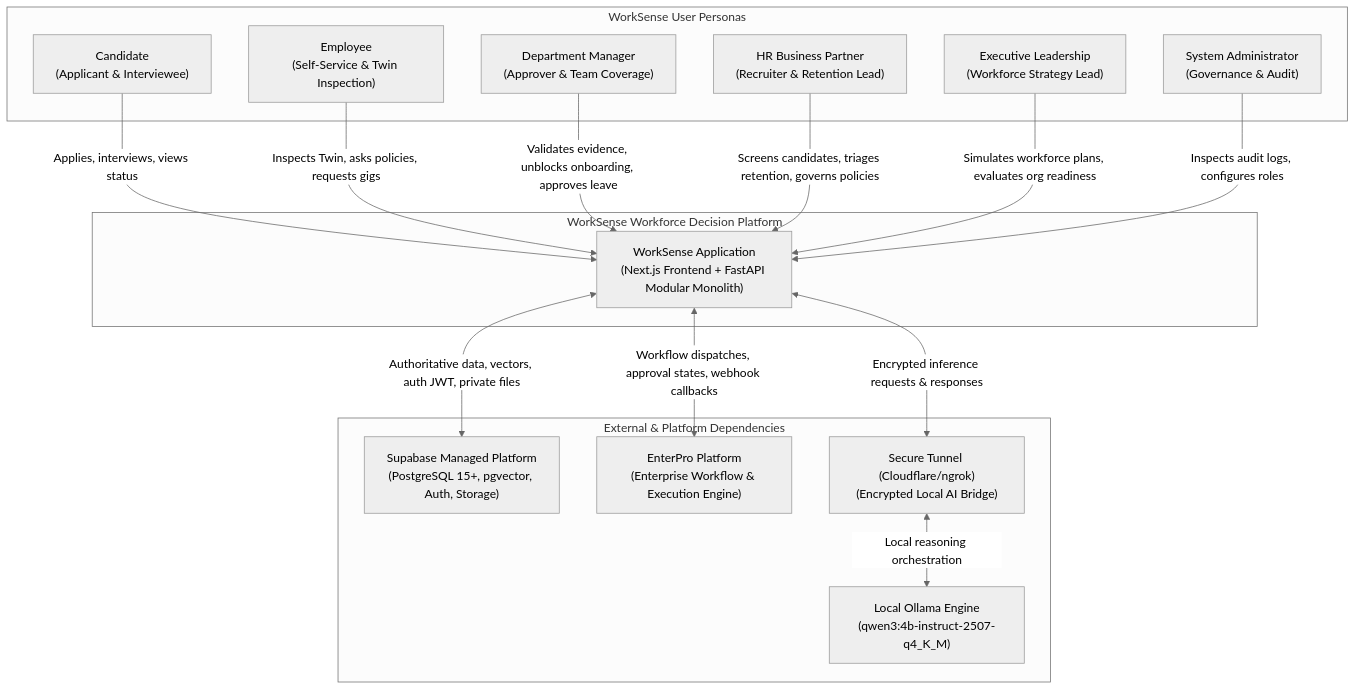
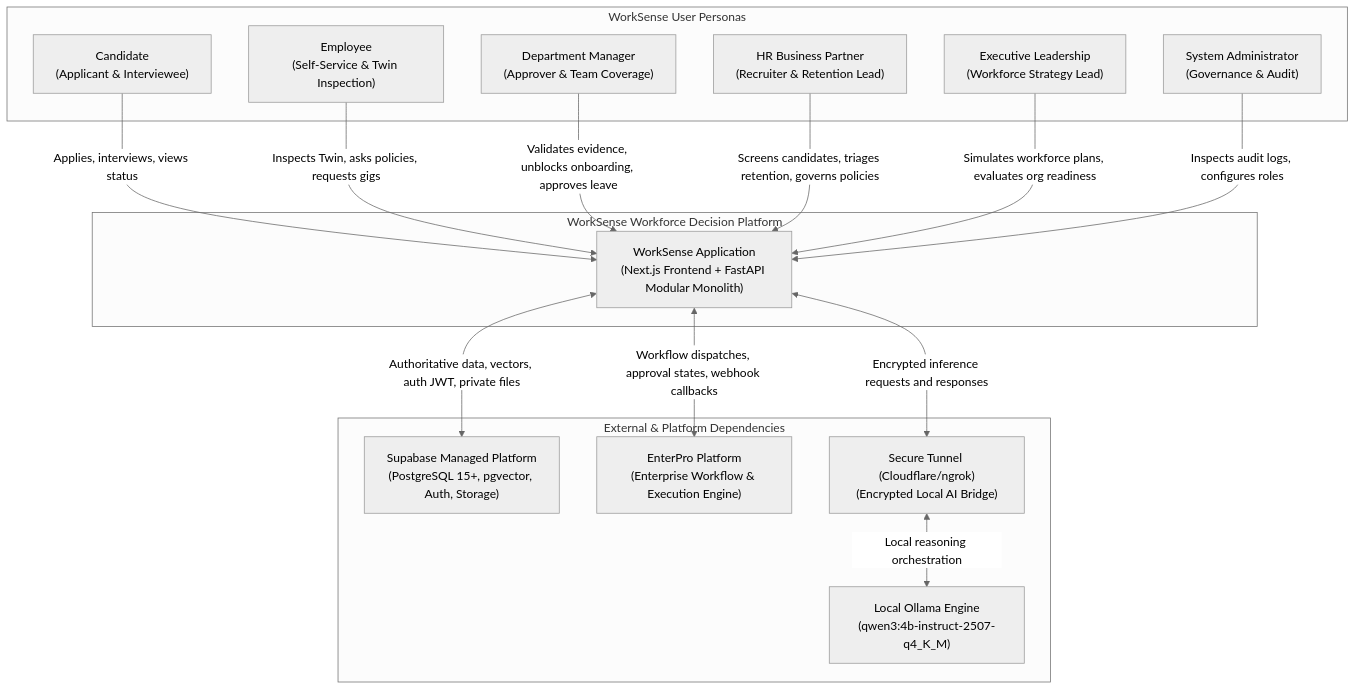
The first of 18 diagrams in docs/06-System-Architecture.md (sharancode3/WorkSense), drawn with Mermaid (neutral theme) before and after one commit. The commit also changed other lines of this file and 9 other files, not shown here.

Commit message:
fix(docs): resolve Mermaid syntax parse errors across all markdown specifications

````diff
--- a/docs/06-System-Architecture.md
+++ b/docs/06-System-Architecture.md
@@ -113,45 +113,35 @@
 ```mermaid
 flowchart TD
     subgraph HumanActors["WorkSense User Personas"]
-        CAND["Candidate
-(Applicant & Interviewee)"]
-        EMP["Employee
-(Self-Service & Twin Inspection)"]
-        MGR["Department Manager
-(Approver & Team Coverage)"]
-        HRBP["HR Business Partner
-(Recruiter & Retention Lead)"]
-        EXEC["Executive Leadership
-(Workforce Strategy Lead)"]
-        ADMIN["System Administrator
-(Governance & Audit)"]
+        CAND["Candidate<br/>(Applicant & Interviewee)"]
+        EMP["Employee<br/>(Self-Service & Twin Inspection)"]
+        MGR["Department Manager<br/>(Approver & Team Coverage)"]
+        HRBP["HR Business Partner<br/>(Recruiter & Retention Lead)"]
+        EXEC["Executive Leadership<br/>(Workforce Strategy Lead)"]
+        ADMIN["System Administrator<br/>(Governance & Audit)"]
     end
 
     subgraph CoreSystem["WorkSense Workforce Decision Platform"]
-        WS["WorkSense Application
-(Next.js Frontend + FastAPI Modular Monolith)"]
+        WS["WorkSense Application<br/>(Next.js Frontend + FastAPI Modular Monolith)"]
     end
 
     subgraph ExternalSystems["External & Platform Dependencies"]
-        SUPA["Supabase Managed Platform
-(PostgreSQL 15+, pgvector, Auth, Storage)"]
-        OLLAMA["Local Ollama Engine
-(qwen3:4b-instruct-2507-q4_K_M)"]
-        ENTERPRO["EnterPro Platform
-(Enterprise Workflow & Execution Engine)"]
-        TUNNEL["Secure Tunnel (Cloudflare/ngrok)
-(Encrypted Local AI Bridge)"]
+        SUPA["Supabase Managed Platform<br/>(PostgreSQL 15+, pgvector, Auth, Storage)"]
+        OLLAMA["Local Ollama Engine<br/>(qwen3:4b-instruct-2507-q4_K_M)"]
+        ENTERPRO["EnterPro Platform<br/>(Enterprise Workflow & Execution Engine)"]
+        TUNNEL["Secure Tunnel (Cloudflare/ngrok)<br/>(Encrypted Local AI Bridge)"]
     end
 
-    CAND -->|Applies, interviews, views status| WS
-    EMP -->|Inspects Twin, asks policies, requests gigs| WS
-    MGR -->|Validates evidence, unblocks onboarding, approves leave| WS
-    HRBP -->|Screens candidates, triages retention, governs policies| WS
-    EXEC -->|Simulates workforce plans, evaluates org readiness| WS
-    ADMIN -->|Inspects audit logs, configures roles| WS
+    CAND -->|"Applies, interviews, views status"| WS
+    EMP -->|"Inspects Twin, asks policies, requests gigs"| WS
+    MGR -->|"Validates evidence, unblocks onboarding, approves leave"| WS
+    HRBP -->|"Screens candidates, triages retention, governs policies"| WS
+    EXEC -->|"Simulates workforce plans, evaluates org readiness"| WS
+    ADMIN -->|"Inspects audit logs, configures roles"| WS
 
-    WS <-->|Authoritative data, vectors, auth JWT, private files| SUPA
-    WS <-->|Encrypted inference requests & responses| TUNNEL
-    TUNNEL <-->|Local reasoning orchestration| OLLAMA
-    WS <-->|Workflow dispatches, approval states, webhook callbacks| ENTERPRO
+    WS <-->|"Authoritative data, vectors, auth JWT, private files"| SUPA
+    WS <-->|"Encrypted inference requests and responses"| TUNNEL
+    TUNNEL <-->|"Local reasoning orchestration"| OLLAMA
+    WS <-->|"Workflow dispatches, approval states, webhook callbacks"| ENTERPRO
+
 ```
````
